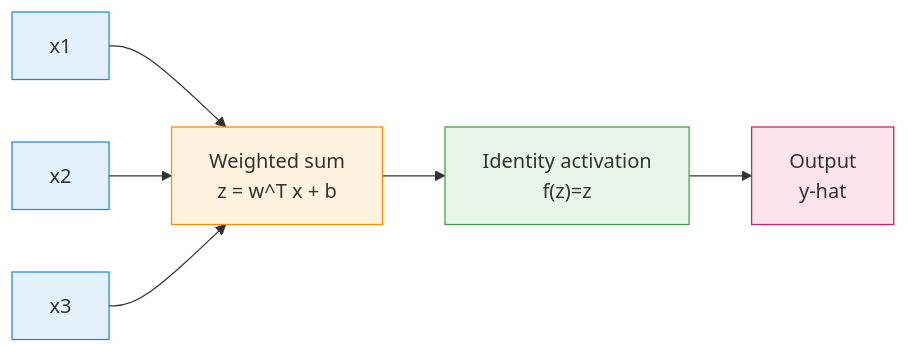
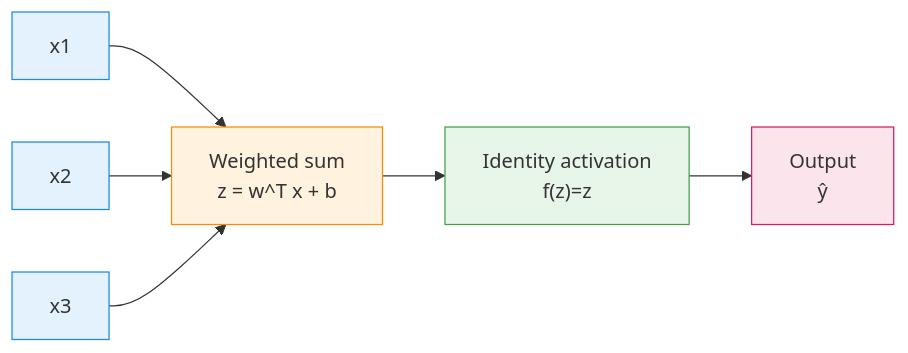
The second of 3 diagrams in content/docs/ai/deep-learning/linear-neural-networks-for-regression.md (arshadhs/arshadhs.github.io), drawn with Mermaid before and after one commit. The commit also changed other lines of this file and 1 other file, not shown here.

```diff
--- a/content/docs/ai/deep-learning/linear-neural-networks-for-regression.md
+++ b/content/docs/ai/deep-learning/linear-neural-networks-for-regression.md
@@ -94,16 +94,16 @@
 {{< mermaid >}}
 flowchart LR
   X1["x1"] --> S["Weighted sum<br/>z = w^T x + b"]
   X2["x2"] --> S
   X3["x3"] --> S
   S --> A["Identity activation<br/>f(z)=z"]
-  A --> Y["Output<br/>y-hat"]
+  A --> Y["Output<br/>ŷ"]
 
   %% Pastel colour scheme
   style X1 fill:#E3F2FD,stroke:#1E88E5,stroke-width:1px
   style X2 fill:#E3F2FD,stroke:#1E88E5,stroke-width:1px
   style X3 fill:#E3F2FD,stroke:#1E88E5,stroke-width:1px
   style S  fill:#FFF3E0,stroke:#FB8C00,stroke-width:1px
   style A  fill:#E8F5E9,stroke:#43A047,stroke-width:1px
   style Y  fill:#FCE4EC,stroke:#D81B60,stroke-width:1px
 {{< /mermaid >}}
```
